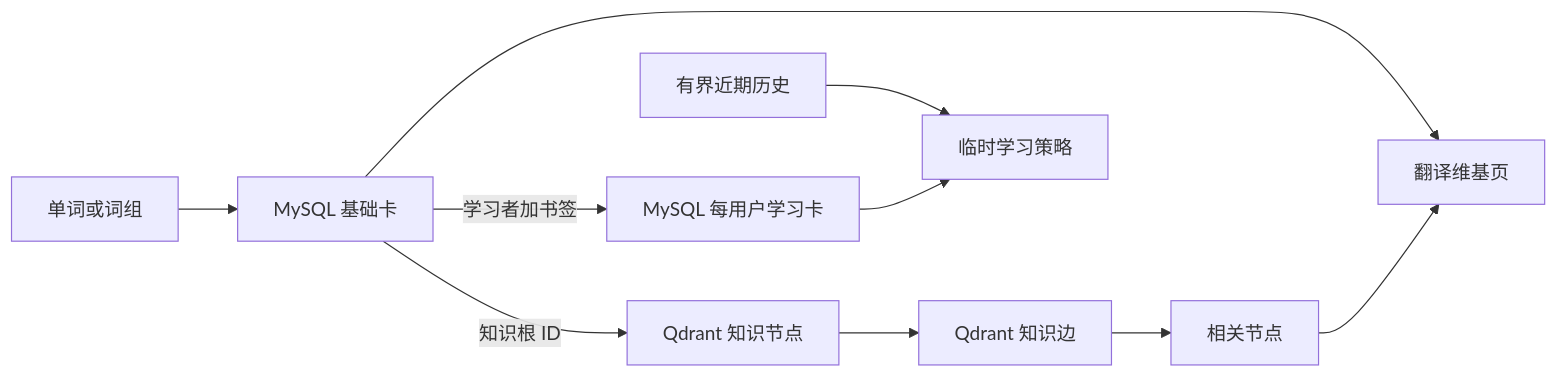
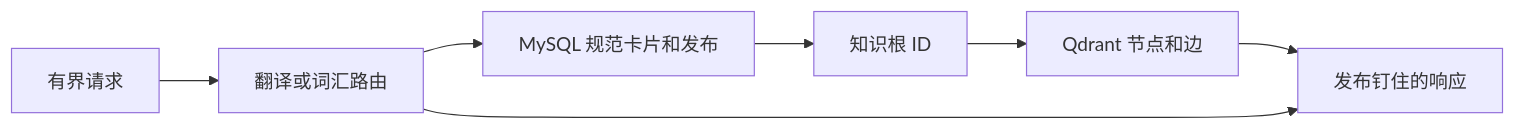
Before and after one commit to Ashex-x/Transnet: the diagram in docs_cn/transnet_cn.md, drawn with Mermaid. The commit also changed other lines of this file and 21 other files, not shown here.

````diff
--- a/docs_cn/transnet_cn.md
+++ b/docs_cn/transnet_cn.md
@@ -100,12 +53,9 @@
 ```mermaid
 flowchart LR
-  query["单词或词组"] --> basic["MySQL 基础卡"]
-  basic -->|"知识根 ID"| nodes["Qdrant 知识节点"]
-  nodes --> edges["Qdrant 知识边"]
-  edges --> related["相关节点"]
-  basic --> wiki["翻译维基页"]
-  related --> wiki
-  basic -->|"学习者加书签"| personal["MySQL 每用户学习卡"]
-  history["有界近期历史"] --> strategy["临时学习策略"]
-  personal --> strategy
+  request["有界请求"] --> route["翻译或词汇路由"]
+  route --> mysql["MySQL 规范卡片和发布"]
+  mysql --> roots["知识根 ID"]
+  roots --> qdrant["Qdrant 节点和边"]
+  qdrant --> response["发布钉住的响应"]
+  route --> response
 ```
````
